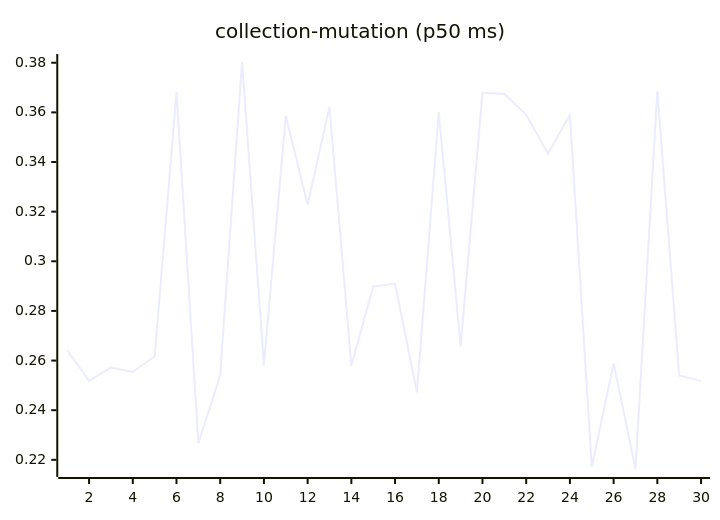
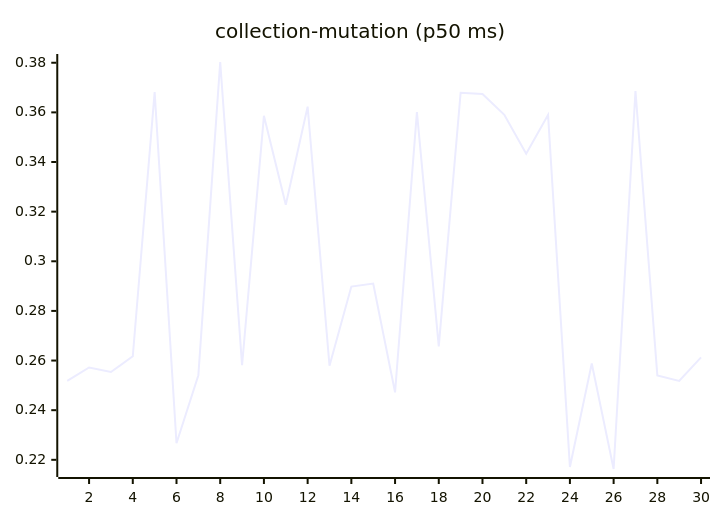
Before and after one commit to josha/Facet: the sixth of 27 diagrams in README.md, drawn with Mermaid. The commit also changed other lines of this file and 2 other files, not shown here.

````diff
--- a/README.md
+++ b/README.md
@@ -98,6 +98,6 @@
 ```mermaid
 xychart-beta
     title "collection-mutation (p50 ms)"
     x-axis 1 --> 30
-    line [0.2641, 0.2518, 0.2572, 0.2554, 0.2617, 0.3682, 0.2267, 0.2541, 0.3803, 0.2581, 0.3586, 0.3228, 0.3623, 0.2579, 0.2898, 0.2910, 0.2472, 0.3601, 0.2657, 0.3679, 0.3674, 0.3590, 0.3433, 0.3590, 0.2171, 0.2588, 0.2163, 0.3686, 0.2540, 0.2518]
+    line [0.2518, 0.2572, 0.2554, 0.2617, 0.3682, 0.2267, 0.2541, 0.3803, 0.2581, 0.3586, 0.3228, 0.3623, 0.2579, 0.2898, 0.2910, 0.2472, 0.3601, 0.2657, 0.3679, 0.3674, 0.3590, 0.3433, 0.3590, 0.2171, 0.2588, 0.2163, 0.3686, 0.2540, 0.2518, 0.2613]
 ```
````
